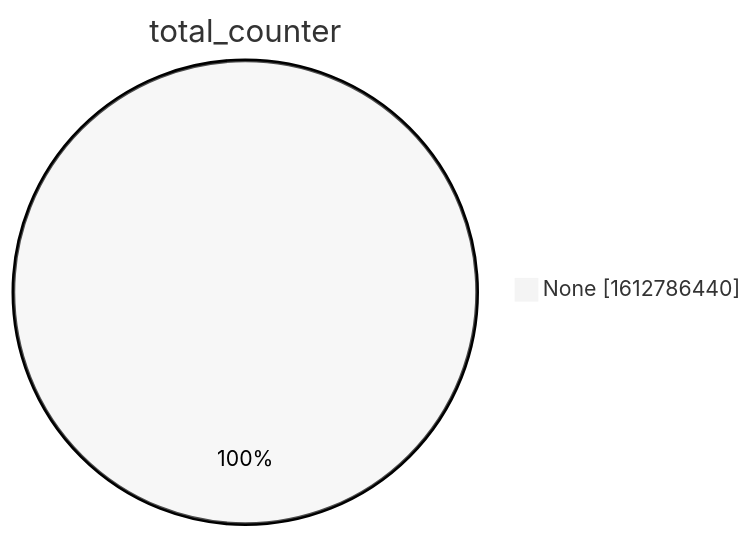
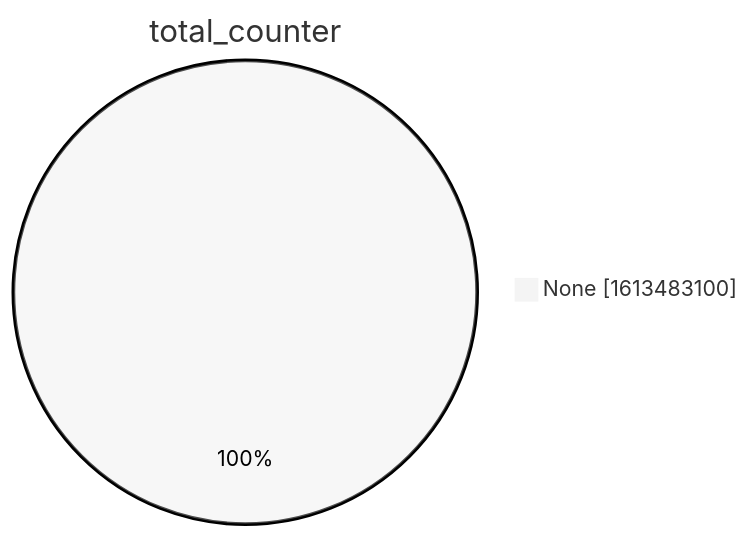
The second of 15 diagrams in xenon2022/README.md (christiankrug/ctmonitor_visualization), drawn with Mermaid (neutral theme) before and after one commit. The commit also changed other lines of this file, not shown here.

````diff
--- a/xenon2022/README.md
+++ b/xenon2022/README.md
@@ -9,5 +9,5 @@
 ```mermaid
 pie showData
 title total_counter
-"None" :1612786440
+"None" :1613483100
 ```
````
